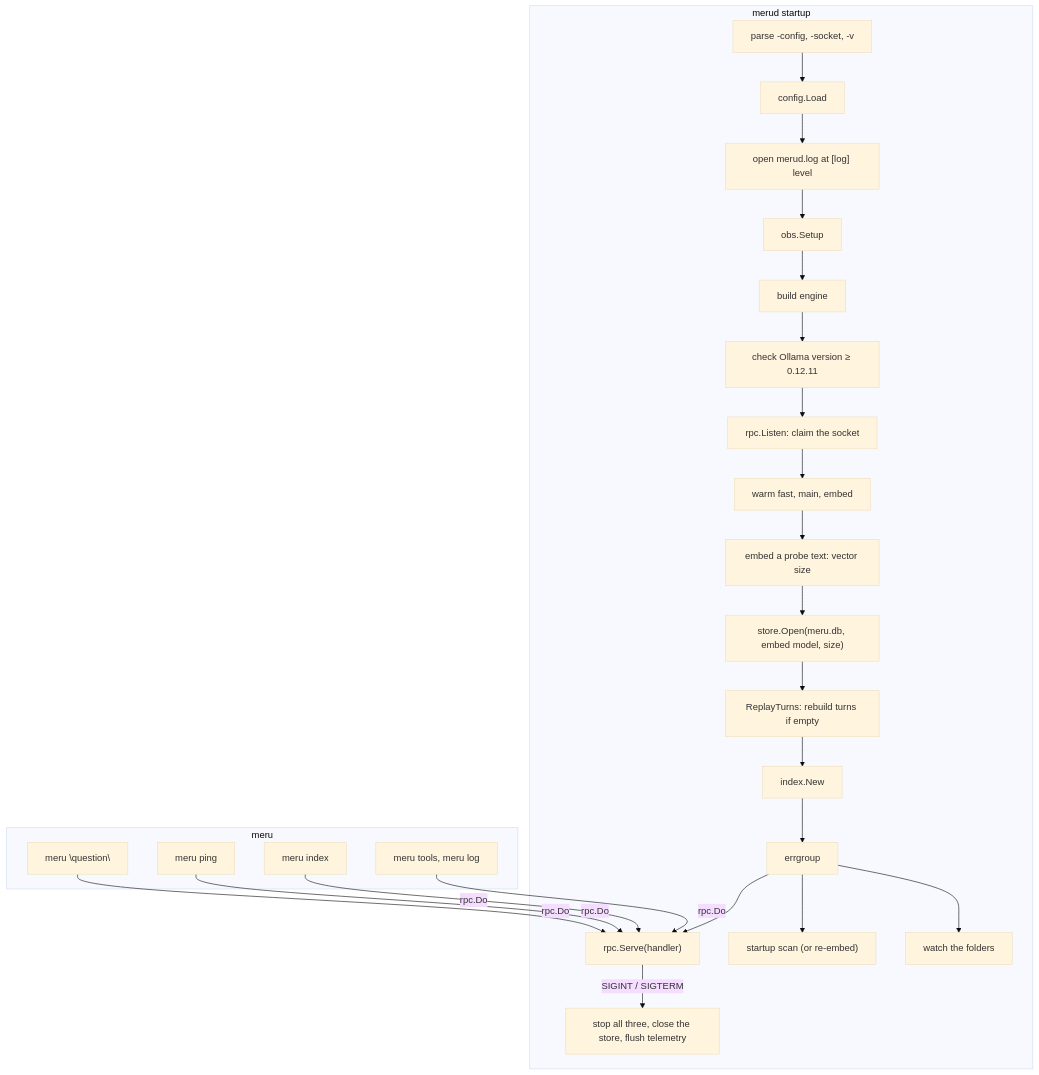
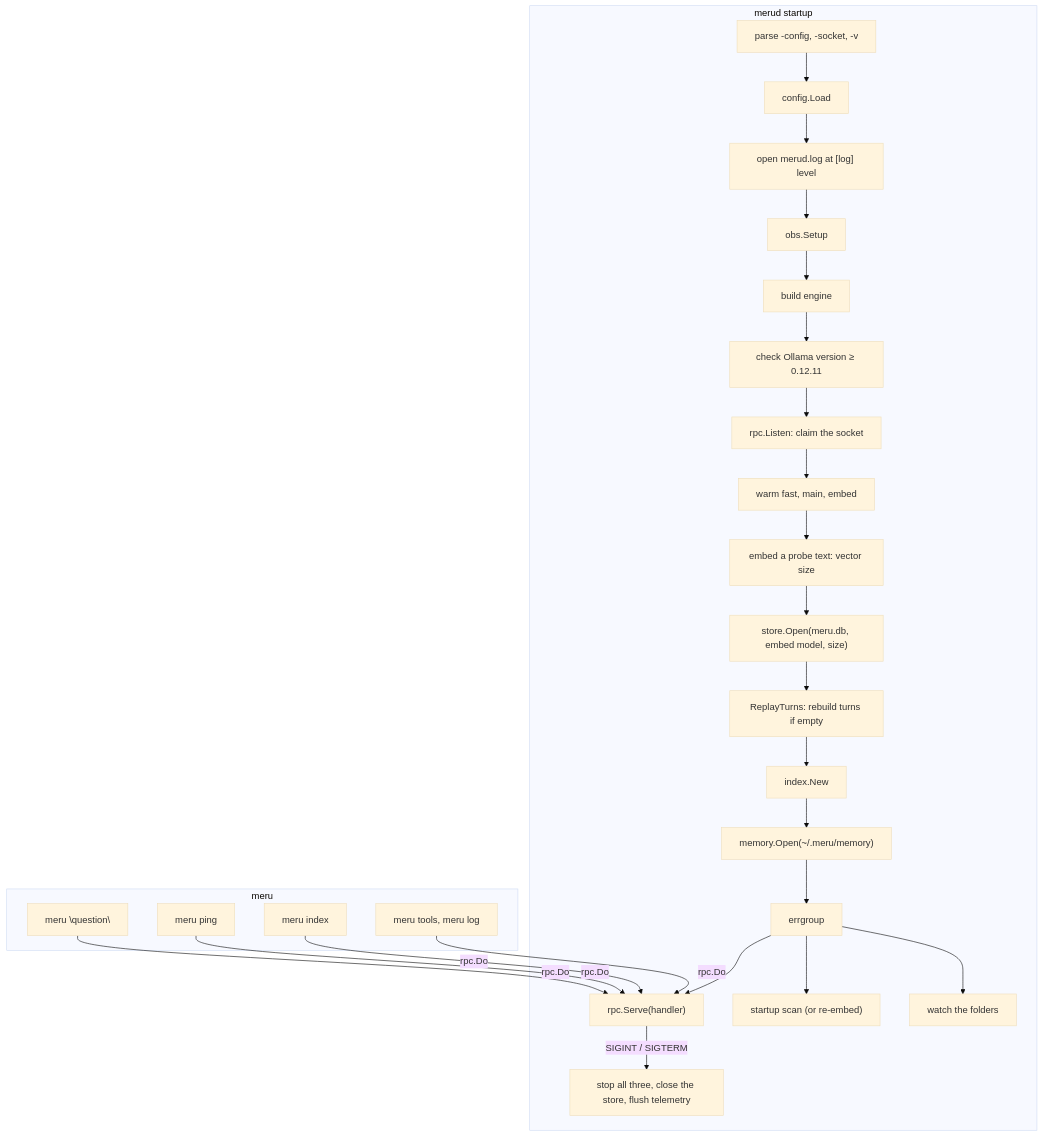
The diagram in docs/coding-notes/merud.md (aarora79/meru), drawn with Mermaid (base theme) before and after one commit. The commit also changed other lines of this file and 30 other files, not shown here.

````diff
--- a/docs/coding-notes/merud.md
+++ b/docs/coding-notes/merud.md
@@ -20,27 +20,28 @@
 ```mermaid
 flowchart TB
     subgraph merud["merud startup"]
         F["parse -config, -socket, -v"] --> L["config.Load"]
         L --> G["open merud.log at [log] level"]
         G --> O["obs.Setup"]
         O --> E["build engine"]
         E --> V["check Ollama version ≥ 0.12.11"]
         V --> S["rpc.Listen: claim the socket"]
         S --> W["warm fast, main, embed"]
         W --> D["embed a probe text: vector size"]
         D --> ST["store.Open(meru.db, embed model, size)"]
         ST --> RT["ReplayTurns: rebuild turns if empty"]
         RT --> IX["index.New"]
-        IX --> G2["errgroup"]
+        IX --> MO["memory.Open(~/.meru/memory)"]
+        MO --> G2["errgroup"]
         G2 --> R["rpc.Serve(handler)"]
         G2 --> SC["startup scan (or re-embed)"]
         G2 --> WA["watch the folders"]
         R -- "SIGINT / SIGTERM" --> X["stop all three, close the store, flush telemetry"]
     end
     subgraph meru["meru"]
         A["meru \"question\""] -- "rpc.Do" --> R
         P["meru ping"] -- "rpc.Do" --> R
         I["meru index"] -- "rpc.Do" --> R
         T["meru tools, meru log"] -- "rpc.Do" --> R
     end
 ```
````
